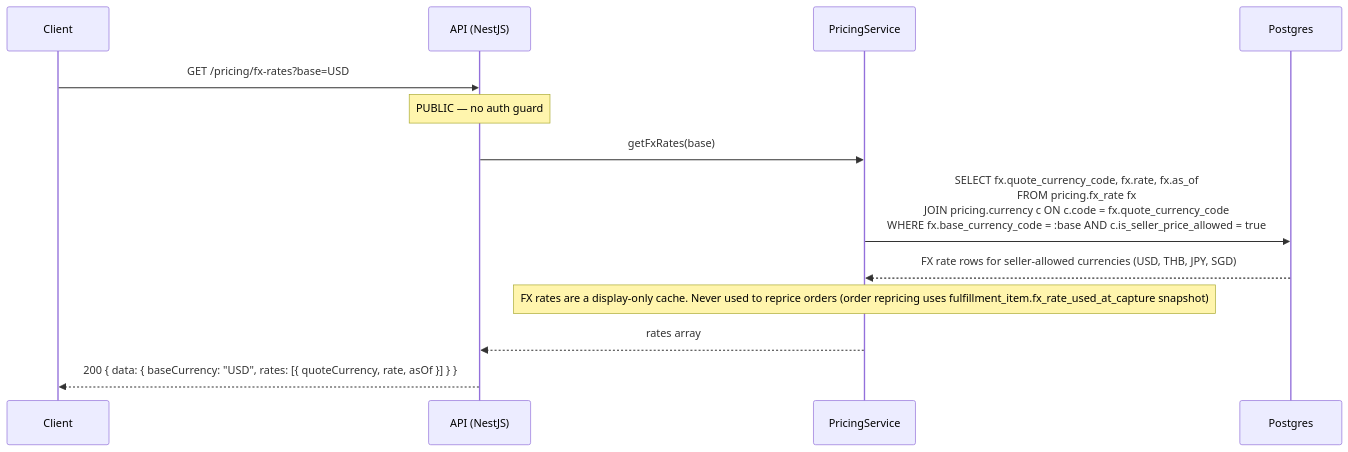
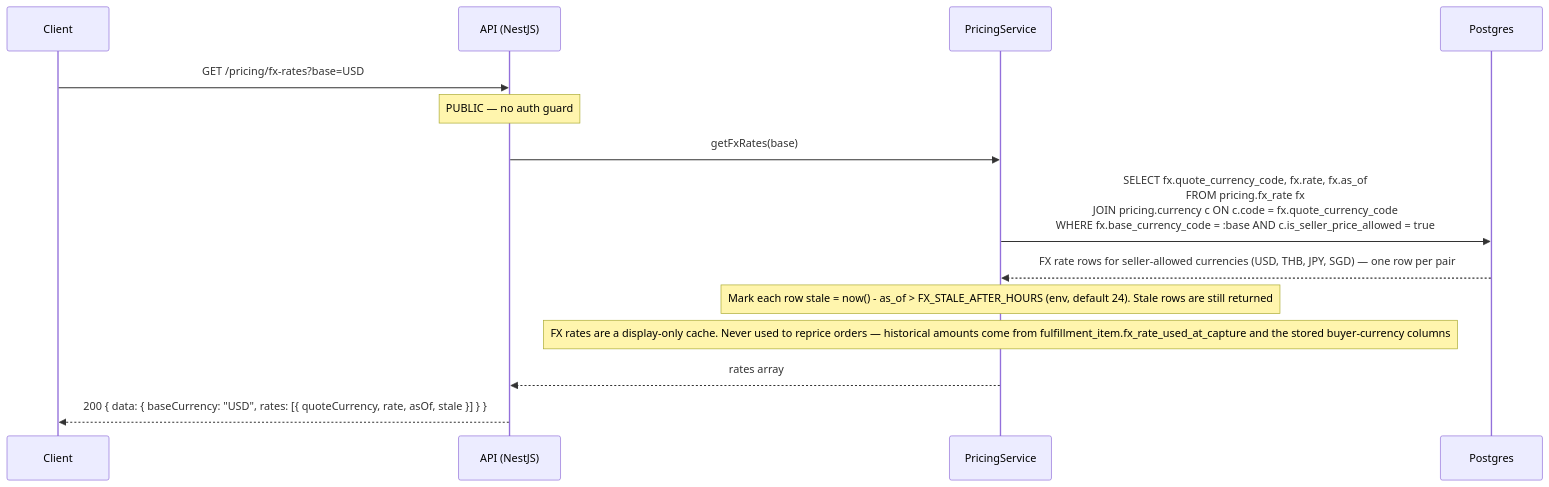
One commit to alisa-uthi/aliceut-ecom-document changed the second of 2 diagrams in phase-1/technical-design/api-design/pricing.md. Above: the diagram before and after it, drawn with Mermaid. The commit also changed other lines of this file and 73 other files, not shown here.

````diff
--- a/phase-1/technical-design/api-design/pricing.md
+++ b/phase-1/technical-design/api-design/pricing.md
@@ -143,16 +186,17 @@
 ```mermaid
 sequenceDiagram
     participant Client
     participant API as API (NestJS)
     participant PricingService
     participant Postgres
 
     Client->>API: GET /pricing/fx-rates?base=USD
     Note over API: PUBLIC — no auth guard
     API->>PricingService: getFxRates(base)
     PricingService->>Postgres: SELECT fx.quote_currency_code, fx.rate, fx.as_of<br/>FROM pricing.fx_rate fx<br/>JOIN pricing.currency c ON c.code = fx.quote_currency_code<br/>WHERE fx.base_currency_code = :base AND c.is_seller_price_allowed = true
-    Postgres-->>PricingService: FX rate rows for seller-allowed currencies (USD, THB, JPY, SGD)
-    Note over PricingService: FX rates are a display-only cache. Never used to reprice orders (order repricing uses fulfillment_item.fx_rate_used_at_capture snapshot)
+    Postgres-->>PricingService: FX rate rows for seller-allowed currencies (USD, THB, JPY, SGD) — one row per pair
+    Note over PricingService: Mark each row stale = now() - as_of > FX_STALE_AFTER_HOURS (env, default 24). Stale rows are still returned
+    Note over PricingService: FX rates are a display-only cache. Never used to reprice orders — historical amounts come from fulfillment_item.fx_rate_used_at_capture and the stored buyer-currency columns
     PricingService-->>API: rates array
-    API-->>Client: 200 { data: { baseCurrency: "USD", rates: [{ quoteCurrency, rate, asOf }] } }
+    API-->>Client: 200 { data: { baseCurrency: "USD", rates: [{ quoteCurrency, rate, asOf, stale }] } }
 ```
````
